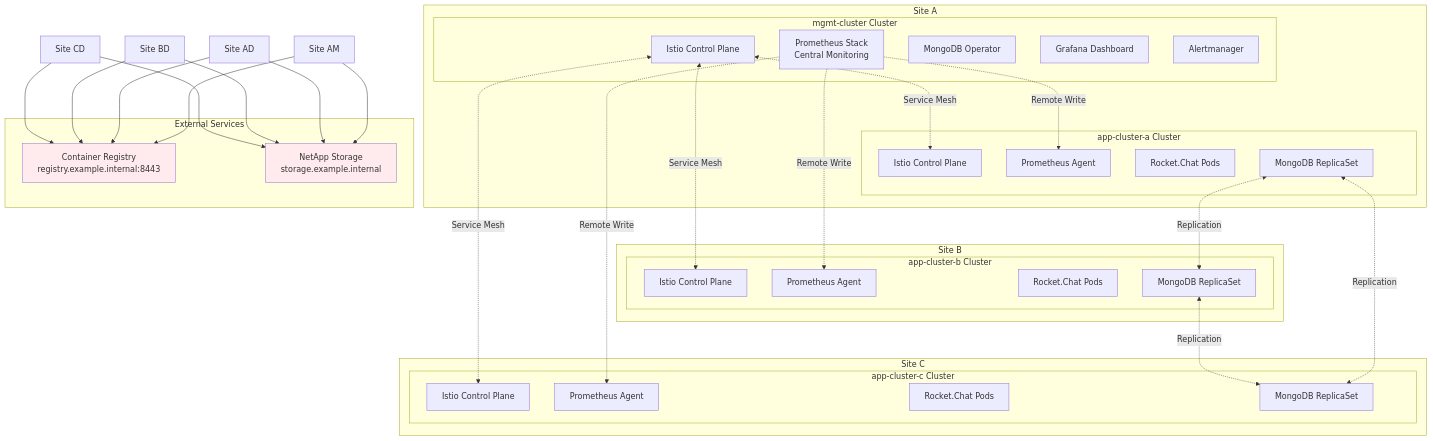
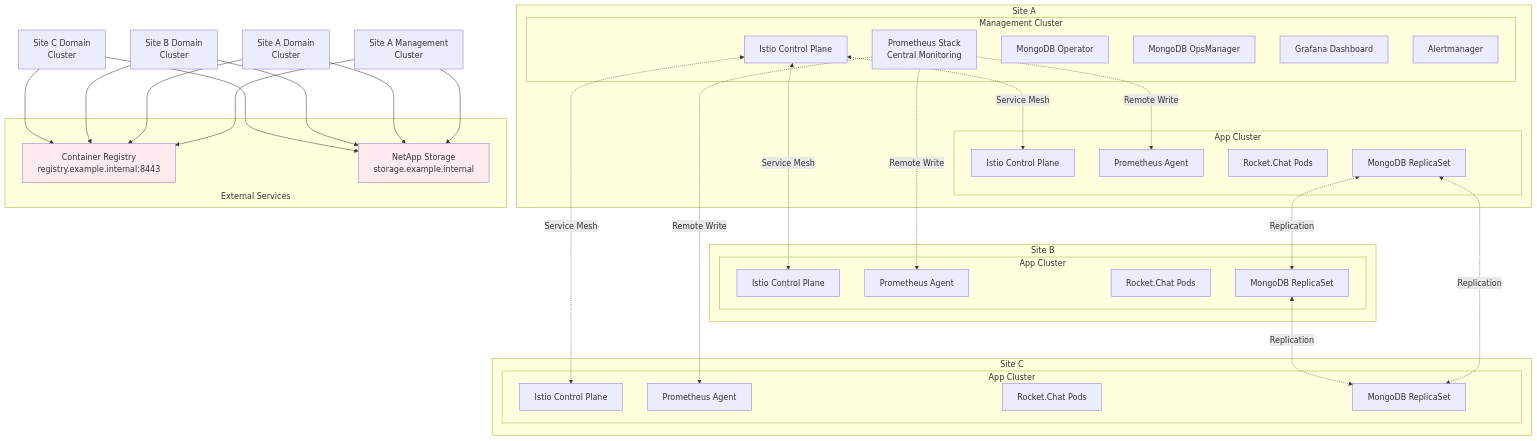
One commit to cantrellr/k8s-mystical-mesh-documents changed the first of 11 diagrams in docs/System-Design-Document.md. Above: the diagram before and after it, drawn with Mermaid. The commit also changed other lines of this file and 5 other files, not shown here.

Commit message:
Refactor diagram labels and structure for clarity and consistency across multiple diagrams

````diff
--- a/docs/System-Design-Document.md
+++ b/docs/System-Design-Document.md
@@ -64,80 +64,79 @@
 ```mermaid
 flowchart TB
     subgraph cluster_1_Site_Site_A["Site A"]
-        subgraph cluster_2_Site_AM["mgmt-cluster Cluster"]
+        subgraph cluster_2_Site_AM["Management Cluster"]
             Site_AM_ISTIO["Istio Control Plane"]
             Site_AM_PROM["Prometheus Stack<br/>Central Monitoring"]
             Site_AM_MONGO["MongoDB Operator"]
+            Site_AM_MONGO_OPS["MongoDB OpsManager"]
             Site_AM_GRAFANA["Grafana Dashboard"]
             Site_AM_ALERT["Alertmanager"]
             Site_AM_ISTIO["Istio Control Plane"]
             Site_AM_PROM["Prometheus Stack<br/>Central Monitoring"]
             Site_AM_MONGO["MongoDB Operator"]
             Site_AM_GRAFANA["Grafana Dashboard"]
             Site_AM_ALERT["Alertmanager"]
         end
-        subgraph cluster_3_Site_AD["app-cluster-a Cluster"]
+        subgraph cluster_3_Site_AD["App Cluster"]
             Site_AD_ISTIO["Istio Control Plane"]
             Site_AD_PROM["Prometheus Agent"]
             Site_AD_ROCKET["Rocket.Chat Pods"]
             Site_AD_MONGO["MongoDB ReplicaSet"]
             Site_AD_ISTIO["Istio Control Plane"]
             Site_AD_PROM["Prometheus Agent"]
             Site_AD_ROCKET["Rocket.Chat Pods"]
             Site_AD_MONGO["MongoDB ReplicaSet"]
         end
     end
     subgraph cluster_4_Site_Site_B["Site B"]
-        subgraph cluster_5_Site_BD["app-cluster-b Cluster"]
+        subgraph cluster_5_Site_BD["App Cluster"]
             Site_BD_ISTIO["Istio Control Plane"]
             Site_BD_PROM["Prometheus Agent"]
             Site_BD_ROCKET["Rocket.Chat Pods"]
             Site_BD_MONGO["MongoDB ReplicaSet"]
             Site_BD_ISTIO["Istio Control Plane"]
             Site_BD_PROM["Prometheus Agent"]
             Site_BD_ROCKET["Rocket.Chat Pods"]
             Site_BD_MONGO["MongoDB ReplicaSet"]
         end
     end
     subgraph cluster_6_Site_Site_C["Site C"]
-        subgraph cluster_7_Site_CD["app-cluster-c Cluster"]
+        subgraph cluster_7_Site_CD["App Cluster"]
             Site_CD_ISTIO["Istio Control Plane"]
             Site_CD_PROM["Prometheus Agent"]
             Site_CD_ROCKET["Rocket.Chat Pods"]
             Site_CD_MONGO["MongoDB ReplicaSet"]
             Site_CD_ISTIO["Istio Control Plane"]
             Site_CD_PROM["Prometheus Agent"]
             Site_CD_ROCKET["Rocket.Chat Pods"]
             Site_CD_MONGO["MongoDB ReplicaSet"]
         end
     end
-    subgraph cluster_8_External["External Services"]
-        REGISTRY["Container Registry<br/>registry.example.internal:8443"]
-        STORAGE["NetApp Storage<br/>storage.example.internal"]
+    subgraph cluster_8_External["<br/><br/><br/><br/><br/><br/>External Services"]
         REGISTRY["Container Registry<br/>registry.example.internal:8443"]
         STORAGE["NetApp Storage<br/>storage.example.internal"]
     end
-    Site_AM["Site AM"]
-    Site_AD["Site AD"]
-    Site_BD["Site BD"]
-    Site_CD["Site CD"]
+    Site_AM["Site A Management<br/>Cluster"]
+    Site_AD["Site A Domain<br/>Cluster"]
+    Site_BD["Site B Domain<br/>Cluster"]
+    Site_CD["Site C Domain<br/>Cluster"]
     Site_AM_PROM -.Remote Write.-> Site_AD_PROM
     Site_AM_PROM -.Remote Write.-> Site_BD_PROM
     Site_AM_PROM -.Remote Write.-> Site_CD_PROM
     Site_AM_ISTIO <-.Service Mesh.-> Site_AD_ISTIO
     Site_AM_ISTIO <-.Service Mesh.-> Site_BD_ISTIO
     Site_AM_ISTIO <-.Service Mesh.-> Site_CD_ISTIO
     Site_AD_MONGO <-.Replication.-> Site_BD_MONGO
     Site_AD_MONGO <-.Replication.-> Site_CD_MONGO
     Site_BD_MONGO <-.Replication.-> Site_CD_MONGO
     Site_AM --> REGISTRY
     Site_AD --> REGISTRY
     Site_BD --> REGISTRY
     Site_CD --> REGISTRY
     Site_AM --> STORAGE
     Site_AD --> STORAGE
     Site_BD --> STORAGE
     Site_CD --> STORAGE
     style REGISTRY fill:#ffebee
     style STORAGE fill:#ffebee
 ```
````
